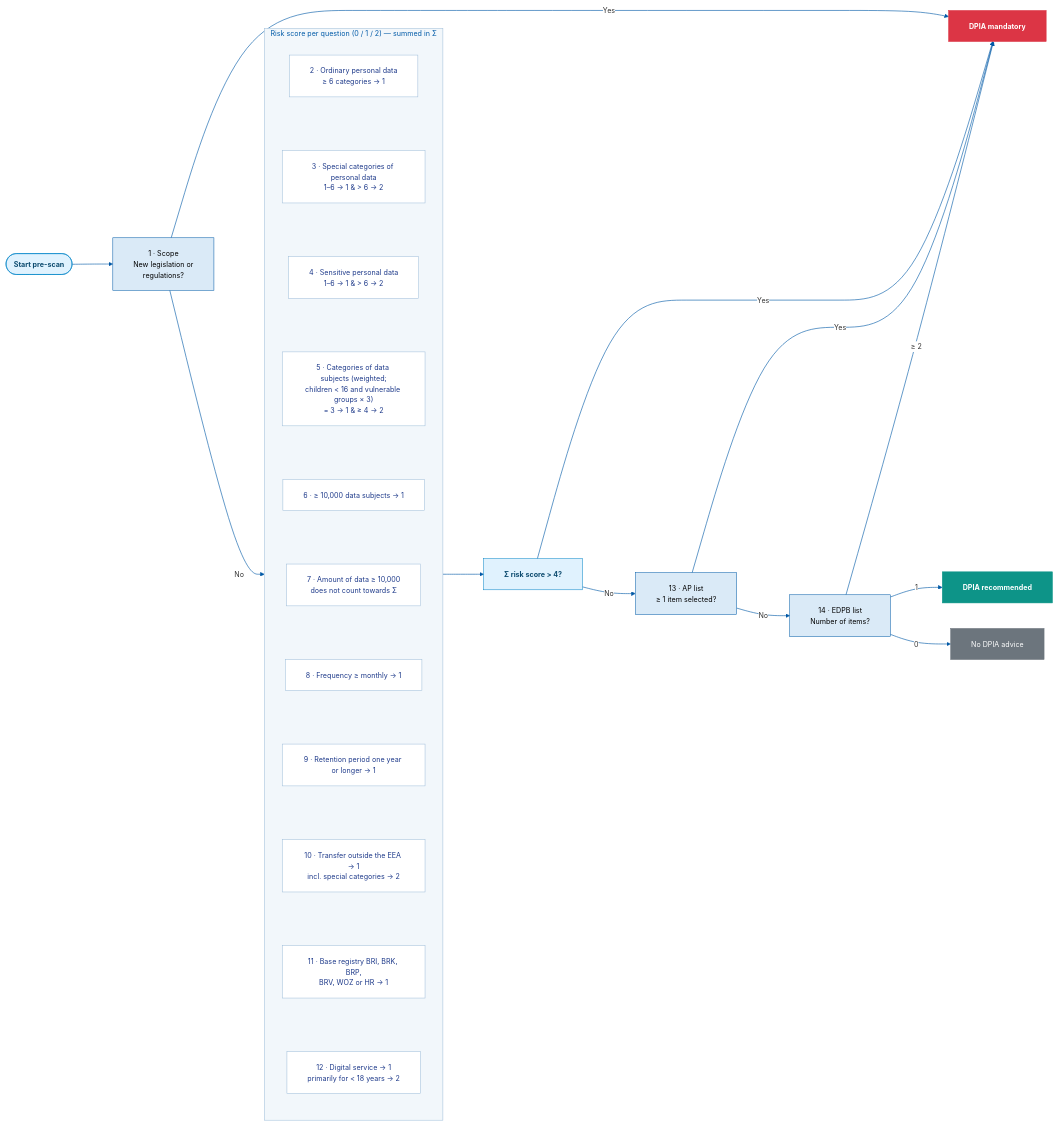
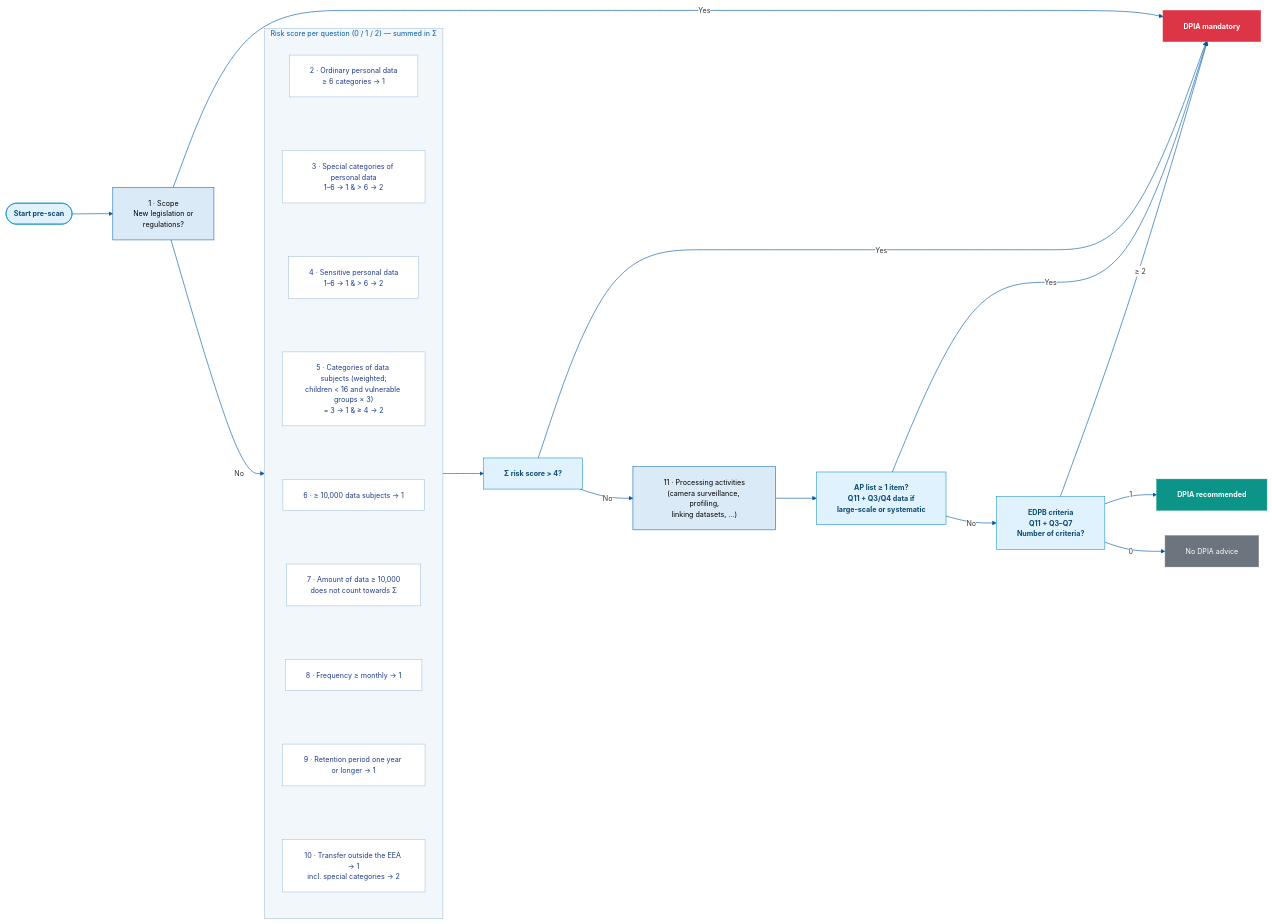
One commit to NGO-Algorithm-Audit/AI-Act-Implementation-Tool changed the diagram in flowcharts/src/en/prescan-dpia.mmd. Above: the diagram before and after it, drawn with Mermaid. The commit also changed 11 other files, not shown here.

```diff
--- a/flowcharts/src/en/prescan-dpia.mmd
+++ b/flowcharts/src/en/prescan-dpia.mmd
@@ -1,54 +1,54 @@
 %%{init: {'theme': 'base', 'themeVariables': {'fontFamily': 'Avenir Next, Avenir, Helvetica, sans-serif', 'fontSize': '14px', 'lineColor': '#005AA7', 'primaryColor': '#005AA7', 'edgeLabelBackground': '#ffffff', 'clusterBkg': '#f2f7fb', 'clusterBorder': '#9dbcd8', 'titleColor': '#005AA7'}, 'flowchart': {'curve': 'basis', 'useMaxWidth': false, 'htmlLabels': true, 'nodeSpacing': 50, 'rankSpacing': 80, 'padding': 20}}}%%
 flowchart LR
 
     classDef Q fill:#daeaf7,stroke:#005aa7,color:#000
     classDef score fill:#ffffff,stroke:#9dbcd8,color:#1e3a8a
     classDef gate fill:#e0f2fe,stroke:#0284c7,color:#0c4a6e,font-weight:bold
     classDef req fill:#dc3545,stroke:#dc3545,color:#fff,font-weight:bold
     classDef rec fill:#0d9488,stroke:#0d9488,color:#fff,font-weight:bold
     classDef none fill:#6c757d,stroke:#6c757d,color:#fff
     linkStyle default stroke:#005AA7,stroke-width:1.2px
 
     START(["Start pre-scan"]):::gate
 
     %% ════════ Q1 — new legislation or regulations ════════
     Q1["1 · Scope<br/>New legislation or<br/>regulations?"]:::Q
     DPIA_V["DPIA mandatory"]:::req
     DPIA_A["DPIA recommended"]:::rec
     DPIA_N["No DPIA advice"]:::none
     START --> Q1
     Q1 -->|"Yes"| DPIA_V
     Q1 -->|"No"| RS
 
-    %% ════════ Q2–Q12 — risk-score questions, summed in Σ ════════
+    %% ════════ Q2–Q10 — risk-score questions, summed in Σ ════════
     subgraph RS["Risk score per question (0 / 1 / 2) — summed in Σ"]
         direction TB
         Q2["2 · Ordinary personal data<br/>≥ 6 categories → 1"]:::score
         Q3["3 · Special categories of personal data<br/>1–6 → 1 & > 6 → 2"]:::score
         Q4["4 · Sensitive personal data<br/>1–6 → 1 & > 6 → 2"]:::score
         Q5["5 · Categories of data subjects (weighted;<br/>children < 16 and vulnerable groups × 3)<br/>= 3 → 1 & ≥ 4 → 2"]:::score
         Q6["6 · ≥ 10,000 data subjects → 1"]:::score
         Q7["7 · Amount of data ≥ 10,000<br/>does not count towards Σ"]:::score
         Q8["8 · Frequency ≥ monthly → 1"]:::score
         Q9["9 · Retention period one year or longer → 1"]:::score
         Q10["10 · Transfer outside the EEA → 1<br/>incl. special categories → 2"]:::score
-        Q11["11 · Base registry BRI, BRK, BRP,<br/>BRV, WOZ or HR → 1"]:::score
-        Q12["12 · Digital service → 1<br/>primarily for < 18 years → 2"]:::score
-        Q2 ~~~ Q3 ~~~ Q4 ~~~ Q5 ~~~ Q6 ~~~ Q7 ~~~ Q8 ~~~ Q9 ~~~ Q10 ~~~ Q11 ~~~ Q12
+        Q2 ~~~ Q3 ~~~ Q4 ~~~ Q5 ~~~ Q6 ~~~ Q7 ~~~ Q8 ~~~ Q9 ~~~ Q10
     end
 
-    %% ════════ Σ check, AP list (Q13) and EDPB list (Q14) ════════
+    %% ════════ Σ check, Q11 processing activities, AP list and EDPB criteria ════════
     SUM["Σ risk score > 4?"]:::gate
-    Q13["13 · AP list<br/>≥ 1 item selected?"]:::Q
-    Q14["14 · EDPB list<br/>Number of items?"]:::Q
+    Q11["11 · Processing activities<br/>(camera surveillance, profiling,<br/>linking datasets, …)"]:::Q
+    AP["AP list ≥ 1 item?<br/>Q11 + Q3/Q4 data if<br/>large-scale or systematic"]:::gate
+    EDPB["EDPB criteria<br/>Q11 + Q3–Q7<br/>Number of criteria?"]:::gate
     RS --> SUM
     SUM -->|"Yes"| DPIA_V
-    SUM -->|"No"| Q13
-    Q13 -->|"Yes"| DPIA_V
-    Q13 -->|"No"| Q14
-    Q14 -->|"≥ 2"| DPIA_V
-    Q14 -->|"1"| DPIA_A
-    Q14 -->|"0"| DPIA_N
+    SUM -->|"No"| Q11
+    Q11 --> AP
+    AP -->|"Yes"| DPIA_V
+    AP -->|"No"| EDPB
+    EDPB -->|"≥ 2"| DPIA_V
+    EDPB -->|"1"| DPIA_A
+    EDPB -->|"0"| DPIA_N
 
-    %% The invisible ~~~ chain (Q2–Q12, links 3–12) inherits linkStyle default; hide it explicitly.
-    linkStyle 3,4,5,6,7,8,9,10,11,12 stroke:none,stroke-width:0px
+    %% The invisible ~~~ chain (Q2–Q10, links 3–10) inherits linkStyle default; hide it explicitly.
+    linkStyle 3,4,5,6,7,8,9,10 stroke:none,stroke-width:0px
```
